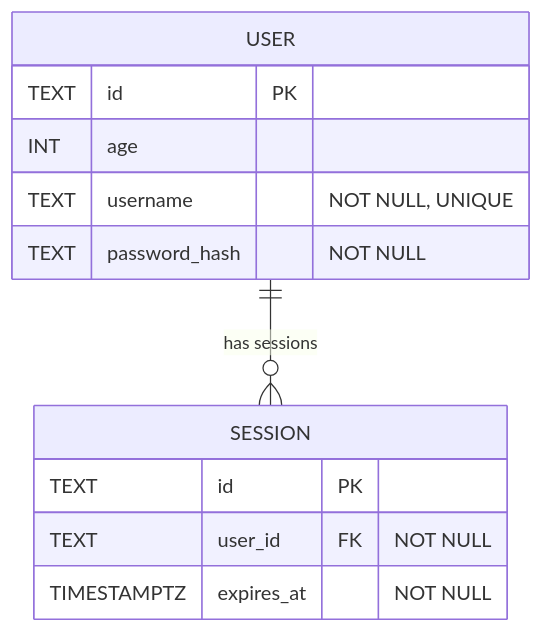
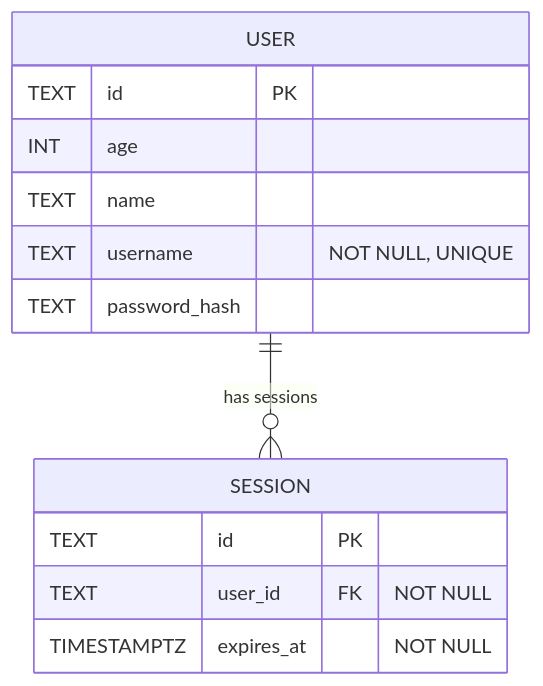
The diagram in src/lib/db/schema.md (frkr/tesseract-ui), drawn with Mermaid before and after one commit. The commit also changed 8 other files, not shown here.

Commit message:
feat: update user profile logic, improve localization, and adjust database schema

````diff
--- a/src/lib/db/schema.md
+++ b/src/lib/db/schema.md
@@ -5,17 +5,18 @@
 ```mermaid
 erDiagram
     USER {
         TEXT id PK
         INT age
+        TEXT name
         TEXT username "NOT NULL, UNIQUE"
-        TEXT password_hash "NOT NULL"
+        TEXT password_hash
     }
 
     SESSION {
         TEXT id PK
         TEXT user_id FK "NOT NULL"
         TIMESTAMPTZ expires_at "NOT NULL"
     }
 
     USER ||--o{ SESSION : "has sessions"
 ```
````
